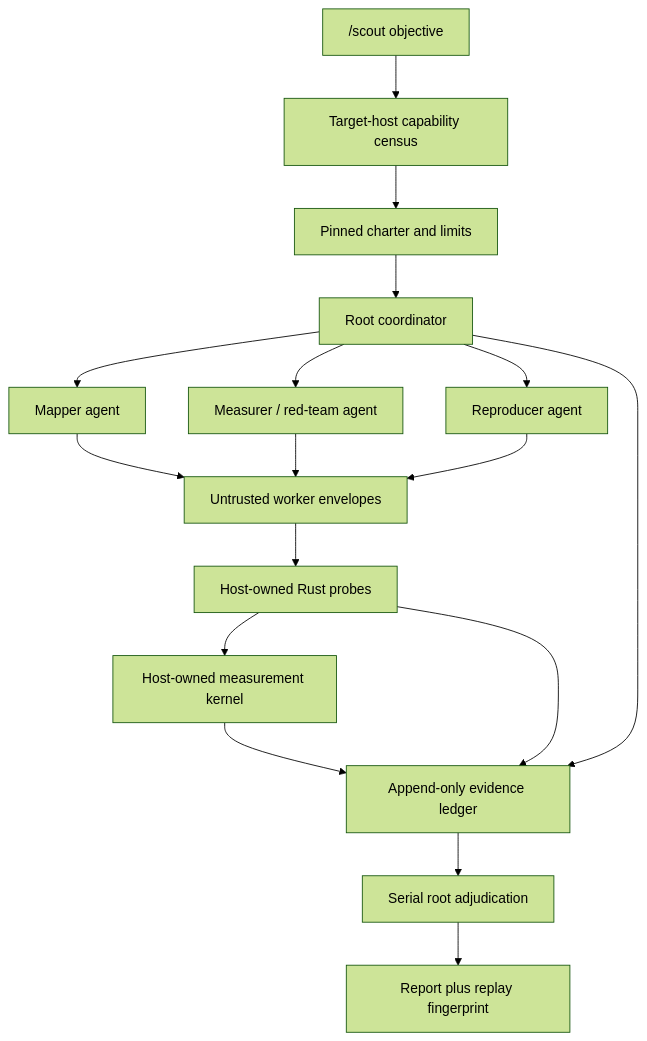
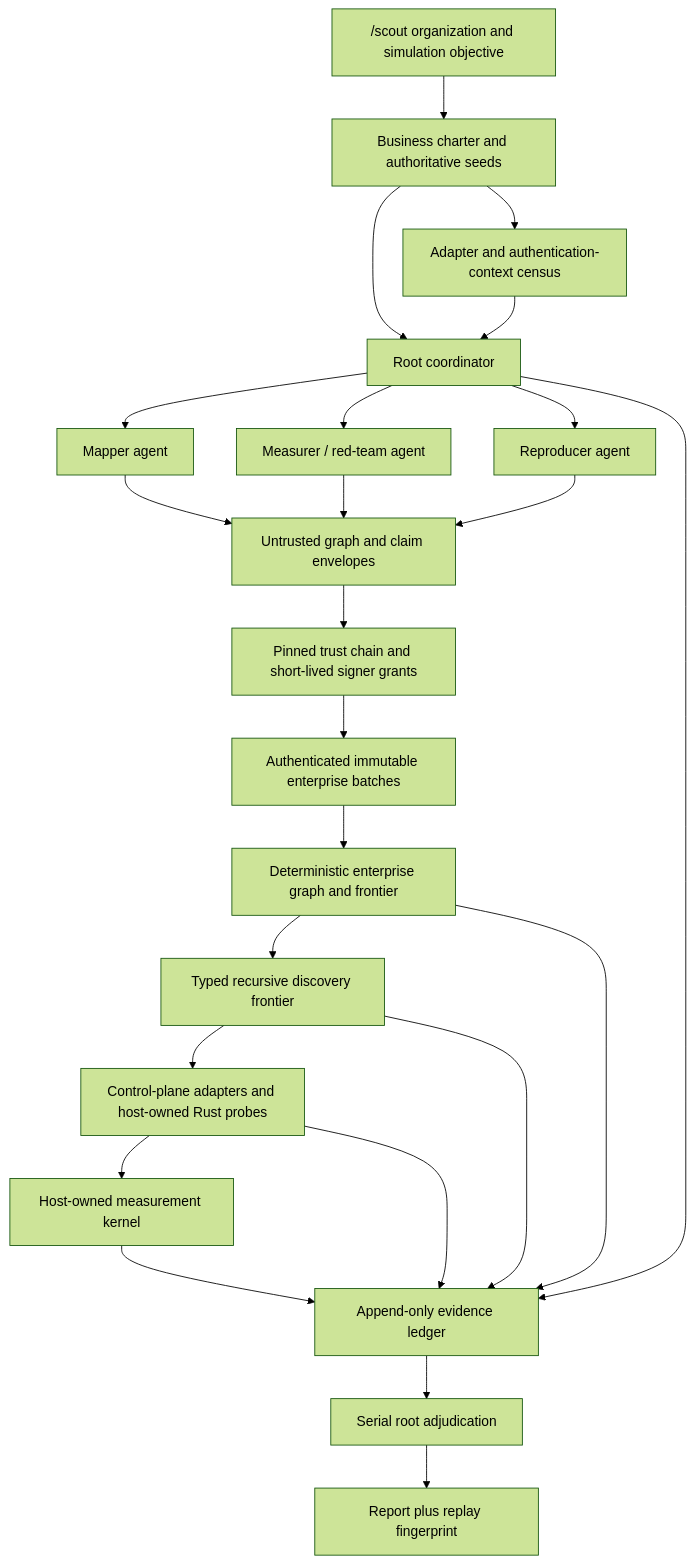
Before and after one commit to clark-labs-inc/clark-code: the diagram in docs/scout-meta-system.md, drawn with Mermaid (forest theme). The commit also changed other lines of this file and 611 other files, not shown here.

````diff
--- a/docs/scout-meta-system.md
+++ b/docs/scout-meta-system.md
@@ -38,19 +47,26 @@
 ```mermaid
 flowchart TD
-    U["/scout objective"] --> C["Target-host capability census"]
-    C --> H["Pinned charter and limits"]
+    U["/scout organization and simulation objective"] --> H["Business charter and authoritative seeds"]
+    H --> C["Adapter and authentication-context census"]
     H --> R["Root coordinator"]
+    C --> R
     R --> A1["Mapper agent"]
     R --> A2["Measurer / red-team agent"]
     R --> A3["Reproducer agent"]
-    A1 --> W["Untrusted worker envelopes"]
+    A1 --> W["Untrusted graph and claim envelopes"]
     A2 --> W
     A3 --> W
-    W --> P["Host-owned Rust probes"]
+    W --> T["Pinned trust chain and short-lived signer grants"]
+    T --> E["Authenticated immutable enterprise batches"]
+    E --> G["Deterministic enterprise graph and frontier"]
+    G --> F["Typed recursive discovery frontier"]
+    F --> P["Control-plane adapters and host-owned Rust probes"]
     P --> M["Host-owned measurement kernel"]
     M --> L["Append-only evidence ledger"]
     P --> L
+    F --> L
+    G --> L
     R --> L
     L --> J["Serial root adjudication"]
     J --> O["Report plus replay fingerprint"]
 ```
````
